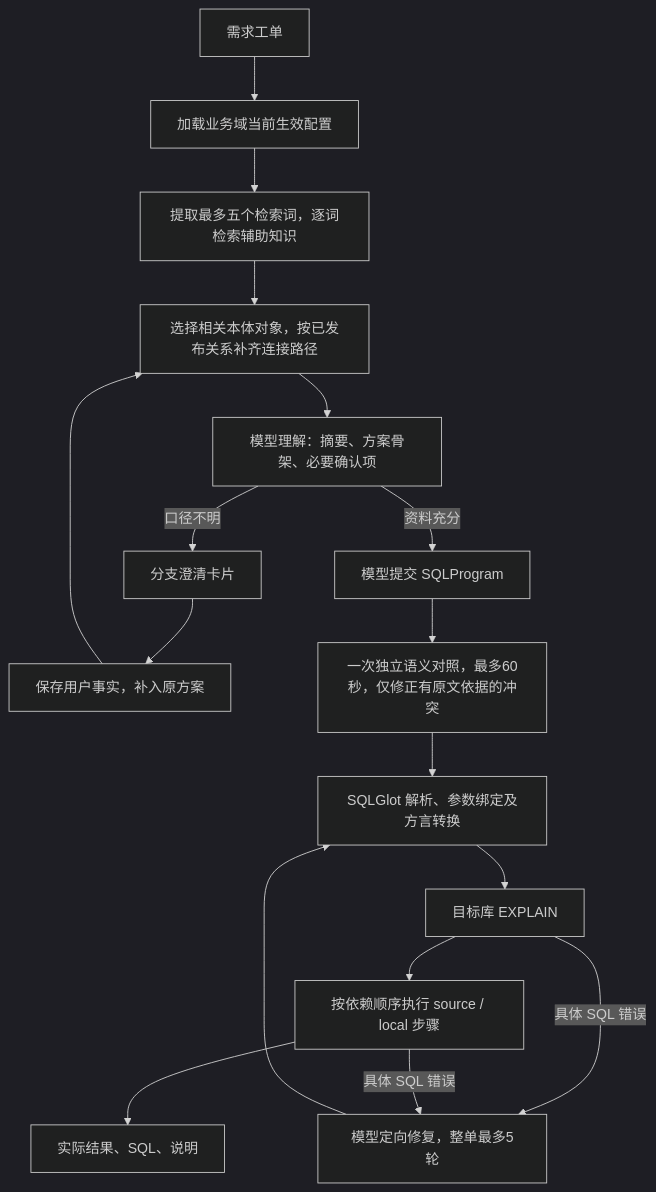
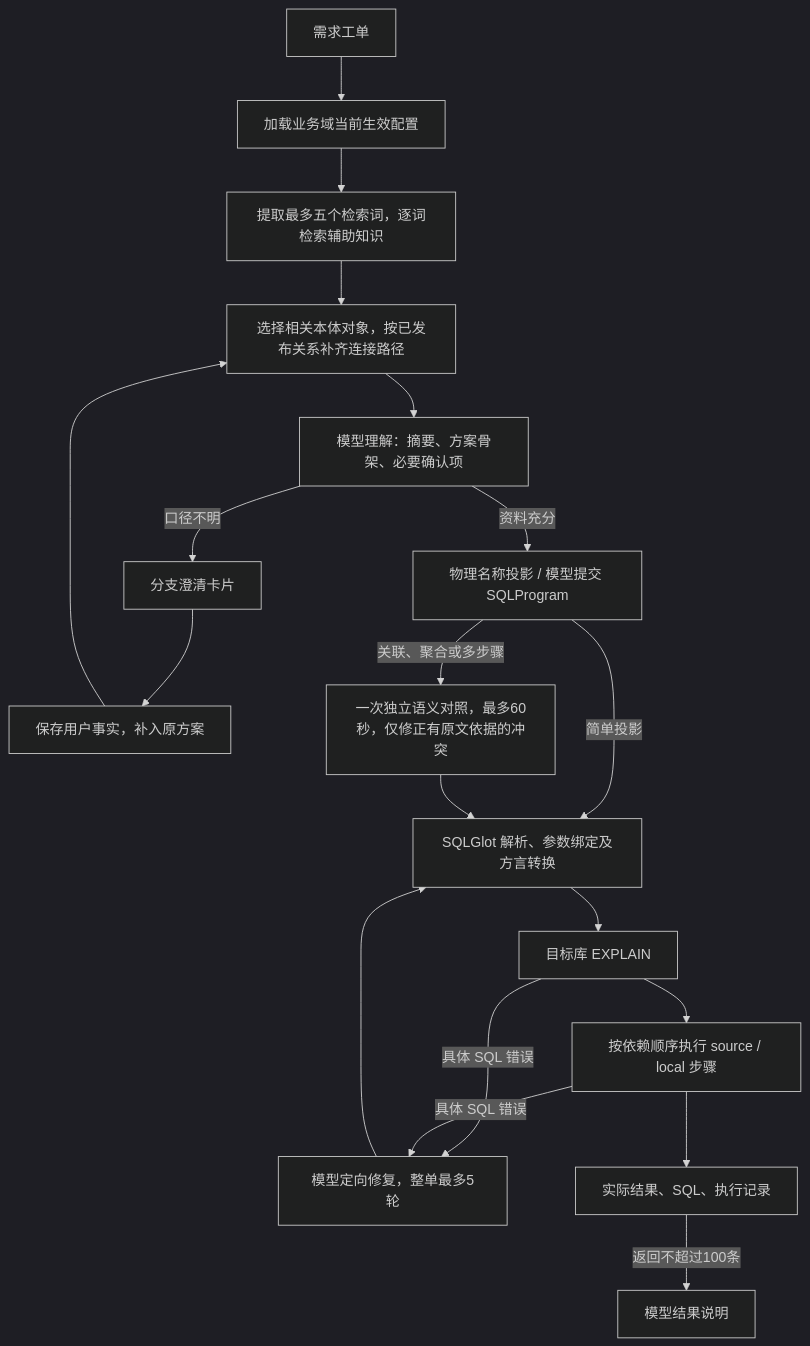
Before and after one commit to aikernix/semora: the diagram in docs/sql-generation-mvp.md, drawn with Mermaid (dark theme). The commit also changed other lines of this file and 5 other files, not shown here.

````diff
--- a/docs/sql-generation-mvp.md
+++ b/docs/sql-generation-mvp.md
@@ -5,19 +5,21 @@
 ```mermaid
 flowchart TD
     A[需求工单] --> B[加载业务域当前生效配置]
     B --> C[提取最多五个检索词，逐词检索辅助知识]
     C --> D[选择相关本体对象，按已发布关系补齐连接路径]
     D --> E[模型理解：摘要、方案骨架、必要确认项]
     E -->|口径不明| F[分支澄清卡片]
     F --> G[保存用户事实，补入原方案]
     G --> D
     E -->|资料充分| H
-    H[模型提交 SQLProgram] --> R[一次独立语义对照，最多60秒，仅修正有原文依据的冲突]
-    R --> I[SQLGlot 解析、参数绑定及方言转换]
+    H[物理名称投影 / 模型提交 SQLProgram] -->|关联、聚合或多步骤| R[一次独立语义对照，最多60秒，仅修正有原文依据的冲突]
+    H -->|简单投影| I[SQLGlot 解析、参数绑定及方言转换]
+    R --> I
     I --> J[目标库 EXPLAIN]
     J --> K[按依赖顺序执行 source / local 步骤]
     J -->|具体 SQL 错误| L[模型定向修复，整单最多5轮]
     K -->|具体 SQL 错误| L
     L --> I
-    K --> M[实际结果、SQL、说明]
+    K --> M[实际结果、SQL、执行记录]
+    M -->|返回不超过100条| N[模型结果说明]
 ```
````
